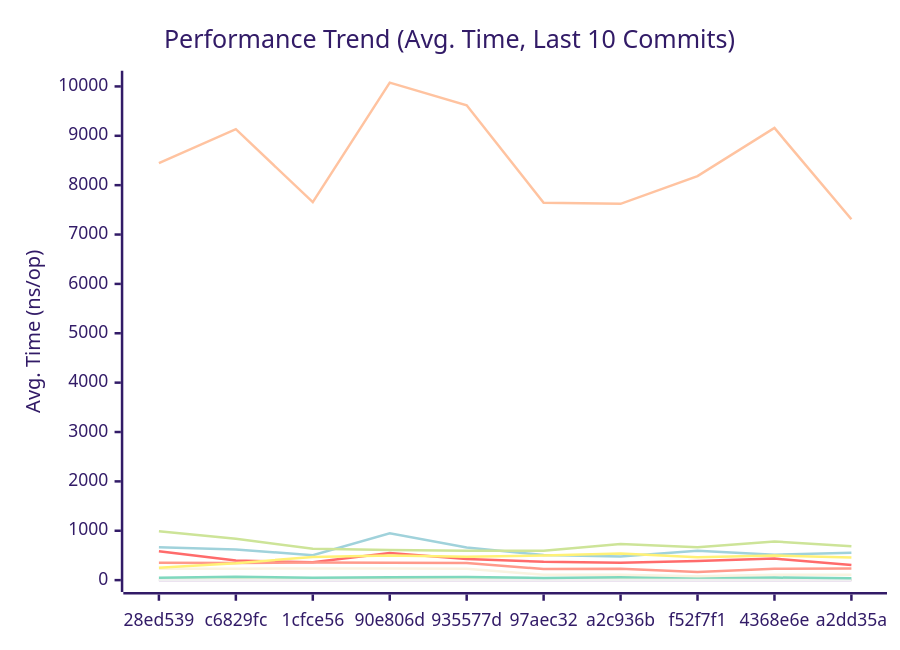
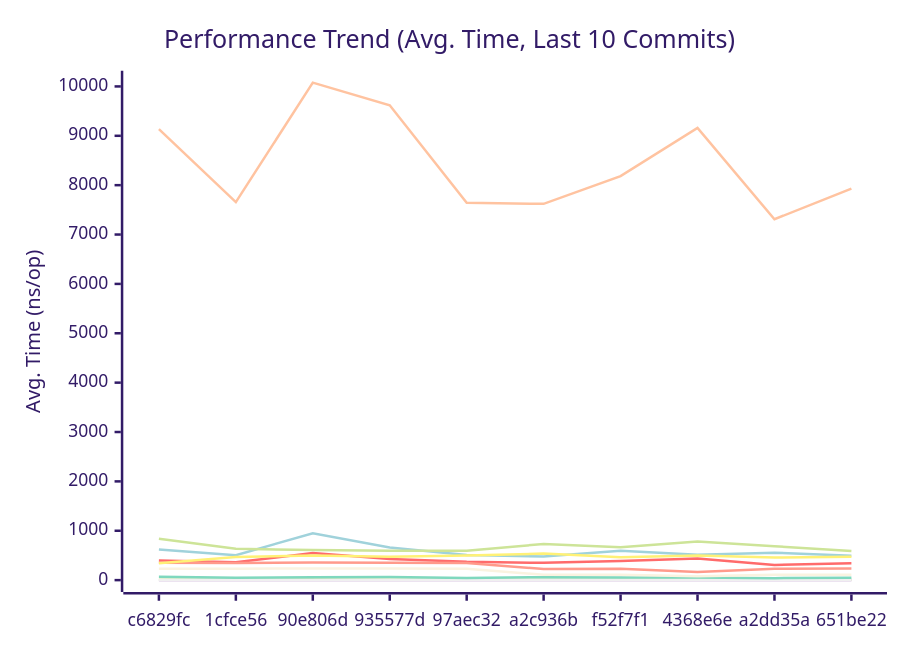
The first of 3 diagrams in docs/PERFORMANCE.md (alsotoes/momo), drawn with Mermaid (forest theme) before and after one commit. The commit also changed other lines of this file and 4 other files, not shown here.

````diff
--- a/docs/PERFORMANCE.md
+++ b/docs/PERFORMANCE.md
@@ -128,18 +128,18 @@
 ```mermaid
 xychart-beta
     title "Performance Trend (Avg. Time, Last 10 Commits)"
     x-axis "Commit"
     y-axis "Avg. Time (ns/op)"
-    x-axis [28ed539,c6829fc,1cfce56,90e806d,935577d,97aec32,a2c936b,f52f7f1,4368e6e,a2dd35a]
-    line "CheckMetricsAndSwap" [9,9,8,11,10,9,8,10,9,10]
-    line "CrushOptimized" [587,396,363,549,426,370,350,388,436,307]
-    line "CrushOriginal" [667,620,506,949,663,507,479,594,516,557]
+    x-axis [c6829fc,1cfce56,90e806d,935577d,97aec32,a2c936b,f52f7f1,4368e6e,a2dd35a,651be22]
+    line "CheckMetricsAndSwap" [9,8,11,10,9,8,10,9,10,9]
+    line "CrushOptimized" [396,363,549,426,370,350,388,436,307,344]
+    line "CrushOriginal" [620,506,949,663,507,479,594,516,557,494]
     line "IndexDirectTracking" [0,0,0,0,0,0,0,0,0,0]
     line "IndexSearch" [2,2,2,2,2,2,2,2,2,2]
-    line "LoadGlobalConfig" [8445,9134,7656,10077,9618,7642,7622,8182,9158,7310]
-    line "PadString" [49,67,48,56,64,43,60,54,52,40]
+    line "LoadGlobalConfig" [9134,7656,10077,9618,7642,7622,8182,9158,7310,7930]
+    line "PadString" [67,48,56,64,43,60,54,52,40,46]
     line "ParseReplicationOrder_NoPrealloc" [350,349,357,354,345,225,229,165,232,234]
     line "ParseReplicationOrder_Prealloc" [229,231,237,234,229,108,107,80,110,109]
-    line "SanitizeLog/Safe" [252,342,470,497,475,497,537,464,500,456]
-    line "SanitizeLog/Unsafe" [989,838,634,610,596,597,732,668,782,686]
+    line "SanitizeLog/Safe" [342,470,497,475,497,537,464,500,456,475]
+    line "SanitizeLog/Unsafe" [838,634,610,596,597,732,668,782,686,592]
 ```
````
